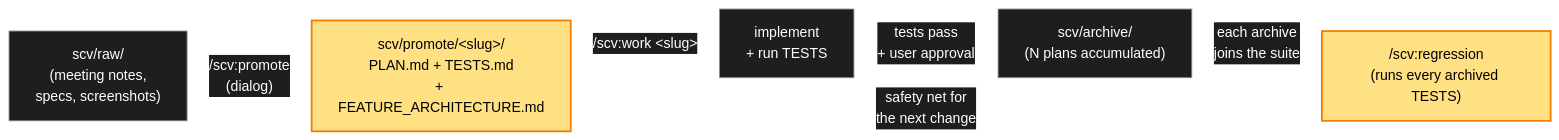
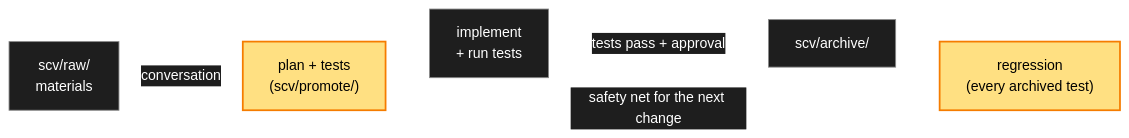
The diagram in README.md (wookiya1364/scv-claude-code), drawn with Mermaid before and after one commit. The commit also changed other lines of this file and 2 other files, not shown here.

First line of the commit message:
docs: README rebuilt from scratch — conversation-first, no version archaeology

````diff
--- a/README.md
+++ b/README.md
@@ -110,18 +62,18 @@
 ```mermaid
 %%{init: {'theme':'base', 'themeVariables': {'primaryColor':'#1e1e1e','primaryTextColor':'#fff','primaryBorderColor':'#888','lineColor':'#fff','secondaryColor':'#2d2d2d','tertiaryColor':'#1e1e1e','background':'#0d1117','edgeLabelBackground':'#1e1e1e'}}}%%
 flowchart LR
-  Raw["scv/raw/<br>(meeting notes,<br>specs, screenshots)"]
-  Promote["scv/promote/&lt;slug&gt;/<br>PLAN.md + TESTS.md<br>+ FEATURE_ARCHITECTURE.md"]
-  Work["implement<br>+ run TESTS"]
-  Archive["scv/archive/<br>(N plans accumulated)"]
-  Regression["/scv:regression<br>(runs every archived TESTS)"]
+  Raw["scv/raw/<br>materials"]
+  Promote["plan + tests<br>(scv/promote/)"]
+  Work["implement<br>+ run tests"]
+  Archive["scv/archive/"]
+  Regression["regression<br>(every archived test)"]
 
-  Raw -->|"/scv:promote<br>(dialog)"| Promote
-  Promote -->|"/scv:work &lt;slug&gt;"| Work
-  Work -->|"tests pass<br>+ user approval"| Archive
-  Archive -->|"each archive<br>joins the suite"| Regression
-  Regression -.->|"safety net for<br>the next change"| Promote
+  Raw -->|conversation| Promote
+  Promote --> Work
+  Work -->|tests pass + approval| Archive
+  Archive --> Regression
+  Regression -.->|safety net for the next change| Promote
 
   classDef key fill:#FFE082,stroke:#F57C00,stroke-width:2px,color:#000
   class Promote,Regression key
 ```
````
